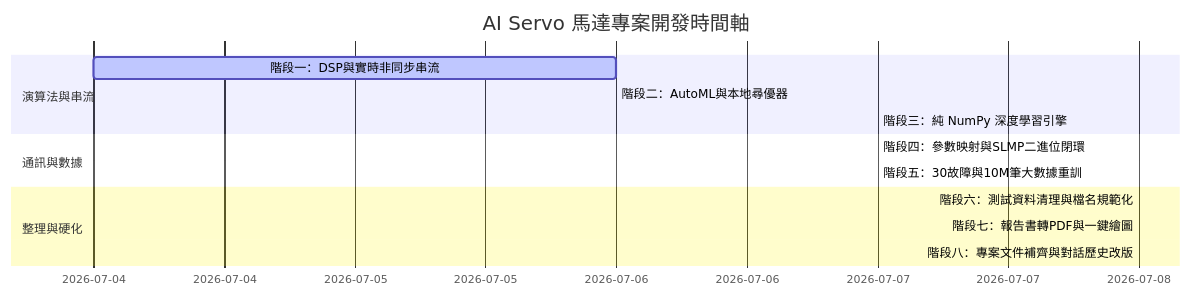
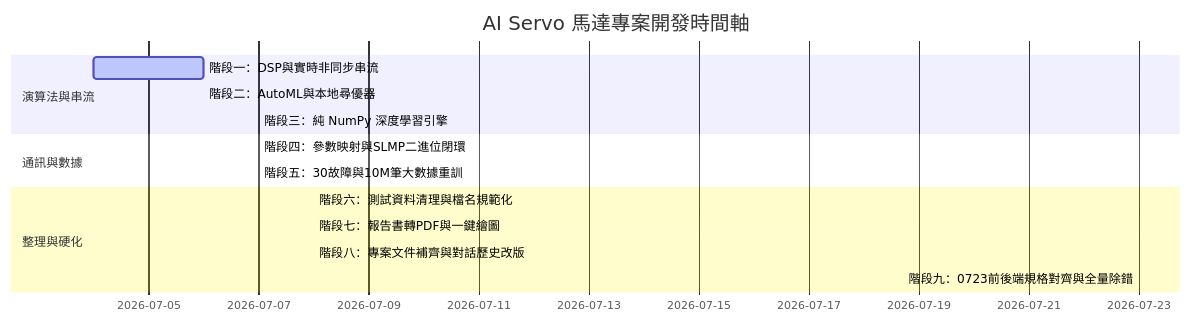
The diagram in 馬達專題現狀報告.md (mrhuang55-creator/20260708-Servo-motor-data-sheet), drawn with Mermaid before and after one commit. The commit also changed other lines of this file and 151 other files, not shown here.

````diff
--- a/馬達專題現狀報告.md
+++ b/馬達專題現狀報告.md
@@ -23,16 +23,17 @@
 ```mermaid
 gantt
     title AI Servo 馬達專案開發時間軸
     dateFormat  YYYY-MM-DD
     section 演算法與串流
     階段一：DSP與實時非同步串流       :active, p1, 2026-07-04, 2026-07-06
     階段二：AutoML與本地尋優器        :p2, 2026-07-06, 2026-07-06
     階段三：純 NumPy 深度學習引擎     :p3, 2026-07-07, 2026-07-07
     section 通訊與數據
     階段四：參數映射與SLMP二進位閉環  :p4, 2026-07-07, 2026-07-07
     階段五：30故障與10M筆大數據重訓  :p5, 2026-07-07, 2026-07-07
     section 整理與硬化
     階段六：測試資料清理與檔名規範化  :p6, 2026-07-08, 2026-07-08
     階段七：報告書轉PDF與一鍵繪圖    :p7, 2026-07-08, 2026-07-08
     階段八：專案文件補齊與對話歷史改版:p8, 2026-07-08, 2026-07-08
+    階段九：0723前後端規格對齊與全量除錯:p9, 2026-07-23, 2026-07-23
 ```
````
